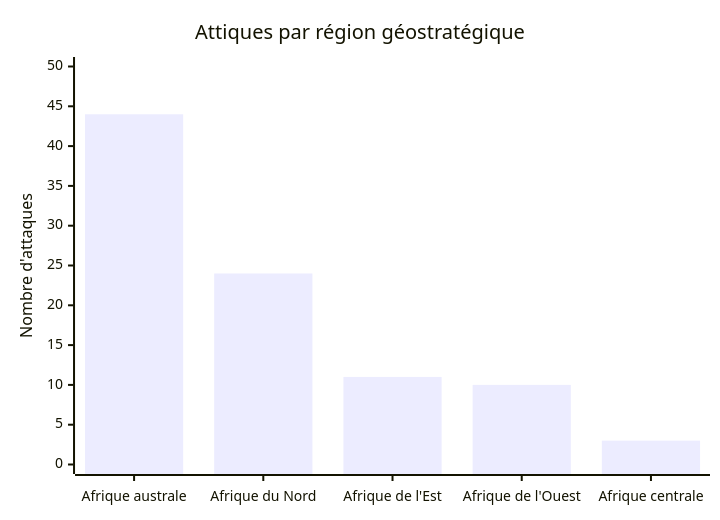
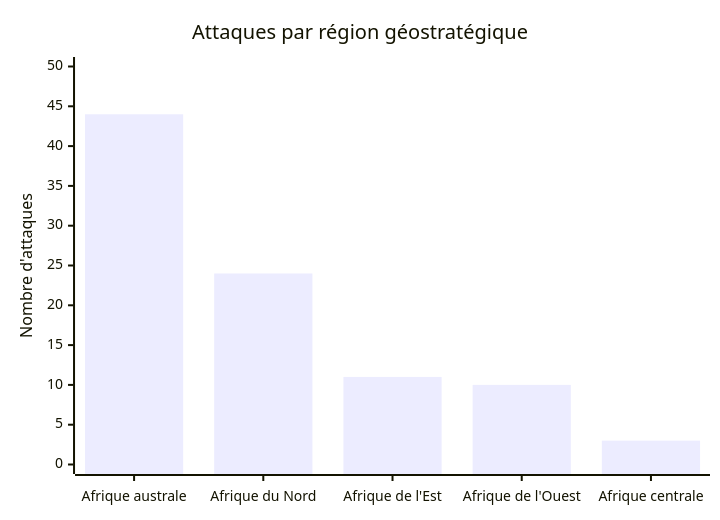
The fourth of 6 diagrams in CyberAttackAfrica/2024/README_FR.md (Hatchepsoute/AFRINTEL), drawn with Mermaid before and after one commit.

Commit message:
Rapport CTI Afrique année 2024

````diff
--- a/CyberAttackAfrica/2024/README_FR.md
+++ b/CyberAttackAfrica/2024/README_FR.md
@@ -189,7 +189,7 @@
 ```mermaid
 xychart-beta
-    title "Attiques par région géostratégique"
+    title "Attaques par région géostratégique"
     x-axis ["Afrique australe", "Afrique du Nord", "Afrique de l'Est", "Afrique de l'Ouest", "Afrique centrale"]
     y-axis "Nombre d'attaques" 0 --> 50
     bar [44, 24, 11, 10, 3]
 ```
````
